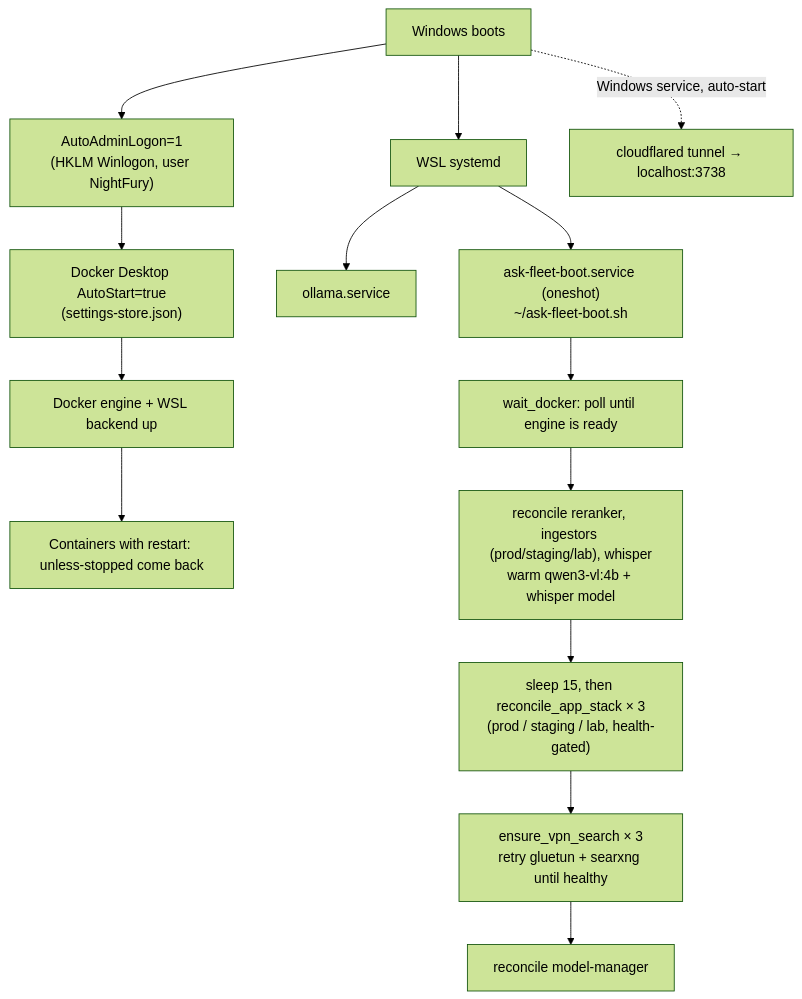
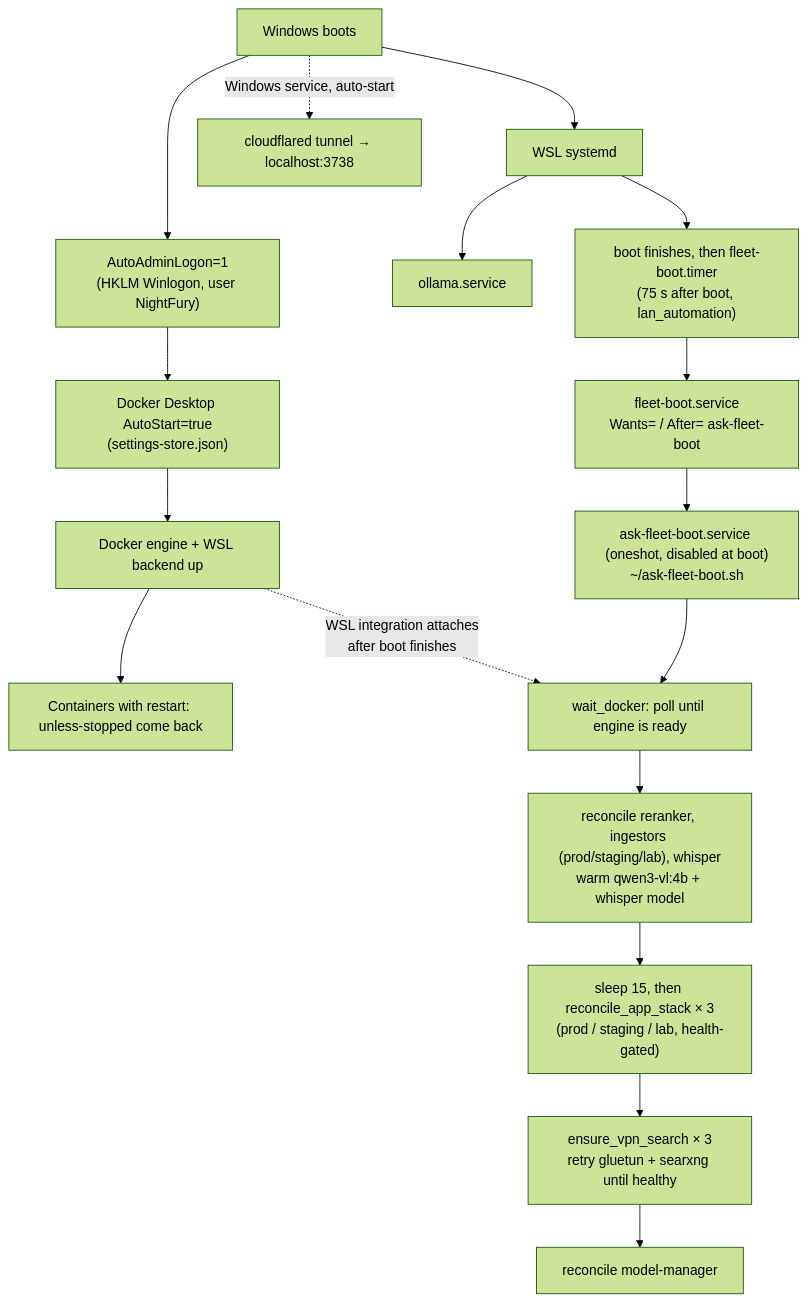
Before and after one commit to hbqdev/ask: the diagram in docs-site/docs/infrastructure/fleet.md, drawn with Mermaid (forest theme). The commit also changed other lines of this file and 30 other files, not shown here.

Commit message:
docs: 2026-09-28..30 — narration backfill, small fixes, WSL boot rule (D41), quality mode (D40)

````diff
--- a/docs-site/docs/infrastructure/fleet.md
+++ b/docs-site/docs/infrastructure/fleet.md
@@ -114,16 +125,19 @@
 ```mermaid
 flowchart TD
   A[Windows boots] --> B["AutoAdminLogon=1<br/>(HKLM Winlogon, user NightFury)"]
   B --> C["Docker Desktop AutoStart=true<br/>(settings-store.json)"]
   C --> D[Docker engine + WSL backend up]
   D --> E["Containers with restart: unless-stopped come back"]
   A --> W[WSL systemd]
   W --> O[ollama.service]
-  W --> F["ask-fleet-boot.service (oneshot)<br/>~/ask-fleet-boot.sh"]
+  W --> TM["boot finishes, then fleet-boot.timer<br/>(75 s after boot, lan_automation)"]
+  D -. WSL integration attaches<br/>after boot finishes .-> G
+  TM --> FB["fleet-boot.service<br/>Wants= / After= ask-fleet-boot"]
+  FB --> F["ask-fleet-boot.service (oneshot, disabled at boot)<br/>~/ask-fleet-boot.sh"]
   F --> G["wait_docker: poll until engine is ready"]
   G --> H["reconcile reranker, ingestors (prod/staging/lab), whisper<br/>warm qwen3-vl:4b + whisper model"]
   H --> I["sleep 15, then reconcile_app_stack × 3<br/>(prod / staging / lab, health-gated)"]
   I --> J["ensure_vpn_search × 3<br/>retry gluetun + searxng until healthy"]
   J --> K[reconcile model-manager]
   A -. Windows service, auto-start .-> T["cloudflared tunnel → localhost:3738"]
 ```
````
